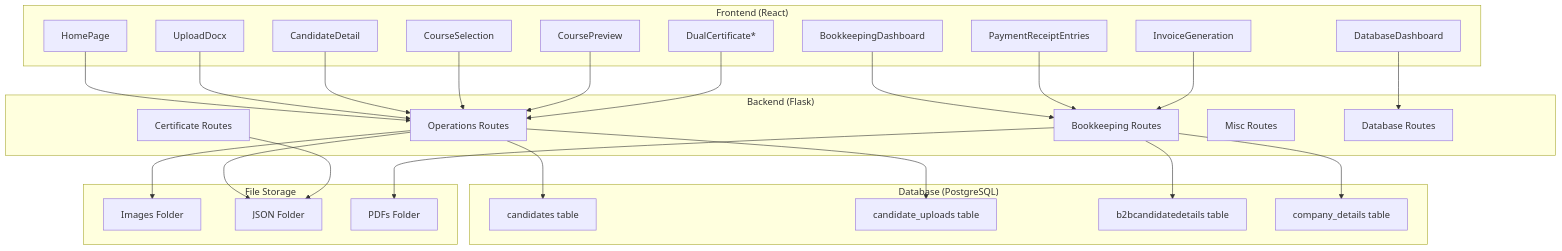
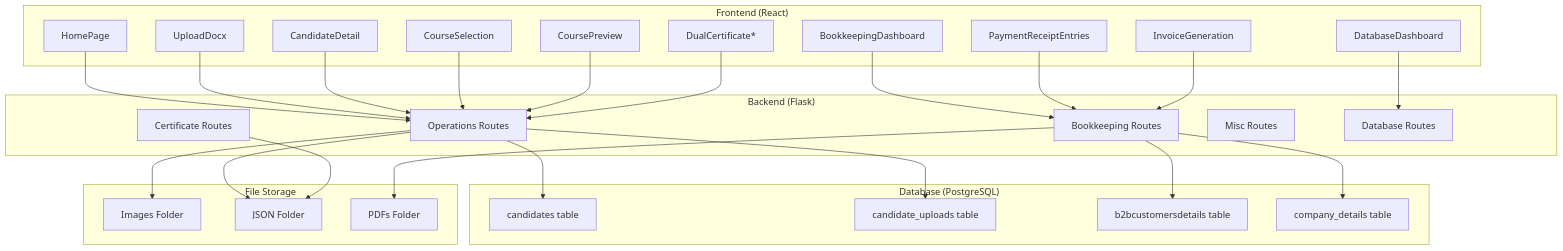
Before and after one commit to sushantshinde2401/saved_backup: the first of 7 diagrams in ProjectFlow.md, drawn with Mermaid. The commit also changed other lines of this file and 370 other files, not shown here.

````diff
--- a/ProjectFlow.md
+++ b/ProjectFlow.md
@@ -8,64 +8,64 @@
 ```mermaid
 graph TB
     %% Frontend Layer
     subgraph "Frontend (React)"
         A1[HomePage]
         A2[UploadDocx]
         A3[CandidateDetail]
         A4[CourseSelection]
         A5[CoursePreview]
         A6[DualCertificate*]
         A7[BookkeepingDashboard]
         A8[PaymentReceiptEntries]
         A9[InvoiceGeneration]
         A10[DatabaseDashboard]
     end
 
     %% Backend Layer
     subgraph "Backend (Flask)"
         B1[Operations Routes]
         B2[Bookkeeping Routes]
         B3[Certificate Routes]
         B4[Misc Routes]
         B5[Database Routes]
     end
 
     %% Database Layer
     subgraph "Database (PostgreSQL)"
         C1[candidates table]
         C2[candidate_uploads table]
-        C3[b2bcandidatedetails table]
+        C3[b2bcustomersdetails table]
         C4[company_details table]
     end
 
     %% File Storage
     subgraph "File Storage"
         D1[Images Folder]
         D2[JSON Folder]
         D3[PDFs Folder]
     end
 
     %% Connections
     A1 --> B1
     A2 --> B1
     A3 --> B1
     A4 --> B1
     A5 --> B1
     A6 --> B1
 
     A7 --> B2
     A8 --> B2
     A9 --> B2
 
     A10 --> B5
 
     B1 --> C1
     B1 --> C2
     B2 --> C3
     B2 --> C4
 
     B1 --> D1
     B1 --> D2
     B3 --> D2
     B2 --> D3
 ```
````
